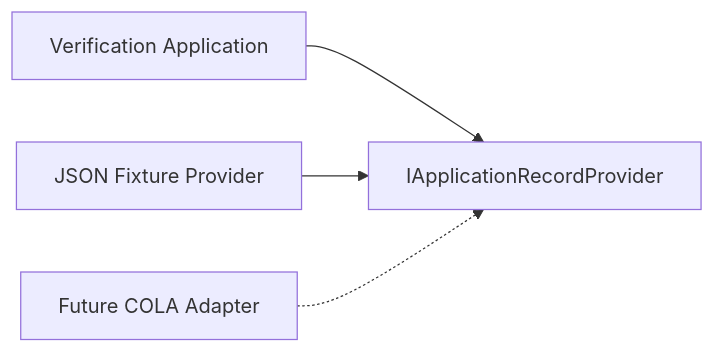
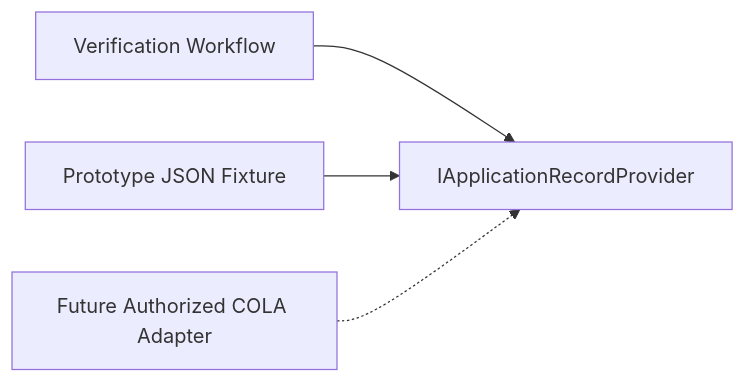
Before and after one commit to rawamba/ttb-ai-label-verification: the fourth of 6 diagrams in docs/architecture.md, drawn with Mermaid. The commit also changed other lines of this file and 5 other files, not shown here.

````diff
--- a/docs/architecture.md
+++ b/docs/architecture.md
@@ -366,11 +535,11 @@
 ```mermaid
 flowchart LR
-    Application["Verification Application"]
-    Provider["IApplicationRecordProvider"]
-    Json["JSON Fixture Provider"]
-    Cola["Future COLA Adapter"]
+    Workflow["Verification Workflow"]
+    Contract["IApplicationRecordProvider"]
+    Json["Prototype JSON Fixture"]
+    COLA["Future Authorized COLA Adapter"]
 
-    Application --> Provider
-    Json --> Provider
-    Cola -.-> Provider
+    Workflow --> Contract
+    Json --> Contract
+    COLA -.-> Contract
 ```
````
